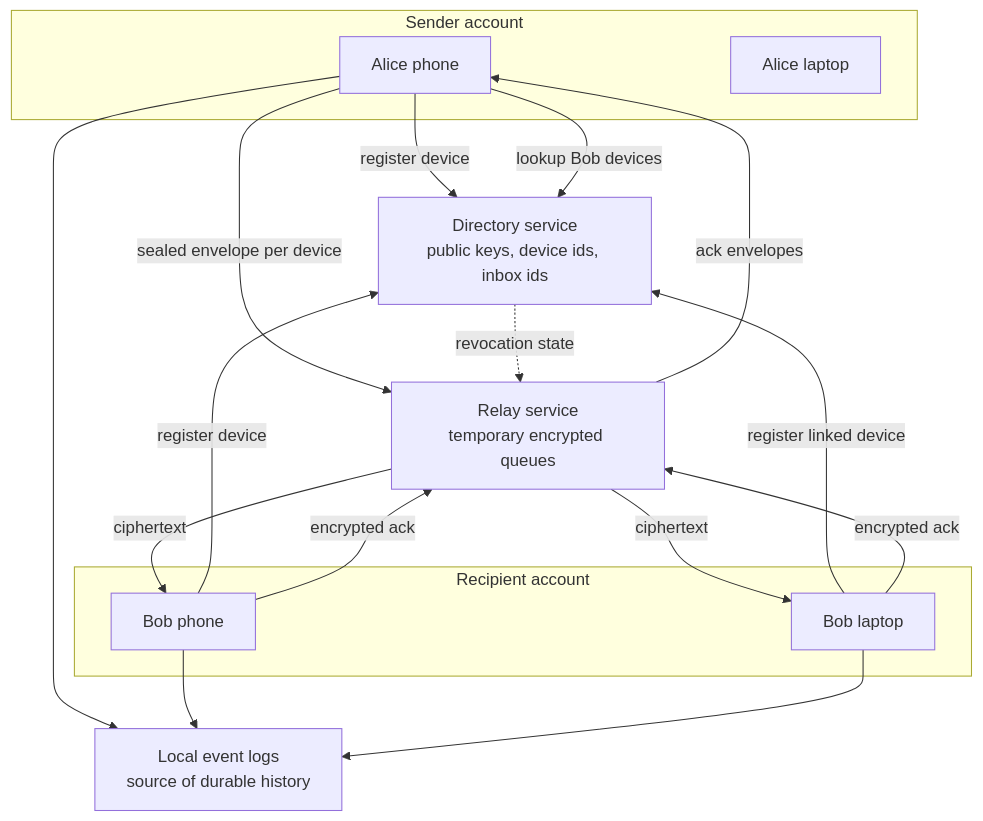
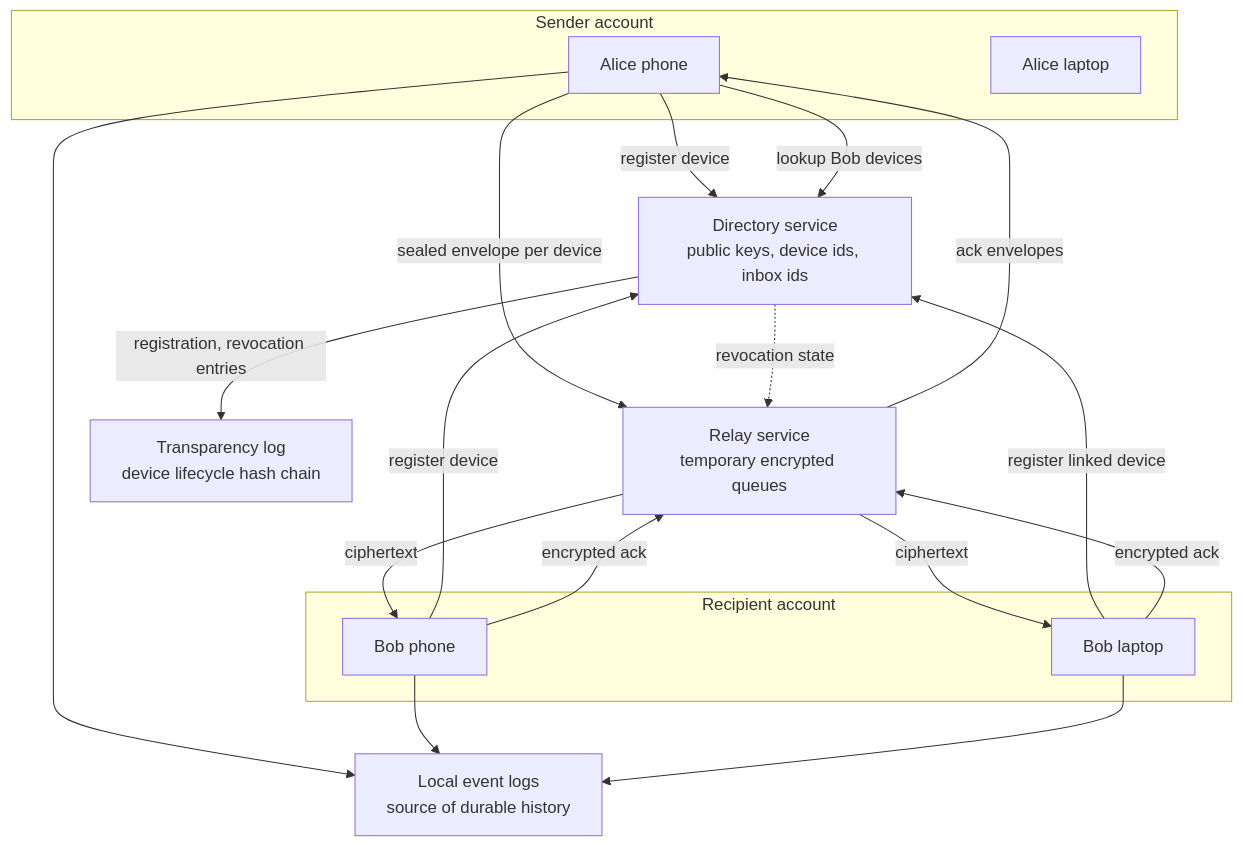
The diagram in docs/architecture.md (vaka47/resilient-messenger-protocol), drawn with Mermaid before and after one commit. The commit also changed other lines of this file and 19 other files, not shown here.

````diff
--- a/docs/architecture.md
+++ b/docs/architecture.md
@@ -9,33 +9,35 @@
 ```mermaid
 flowchart TB
   subgraph ClientA["Sender account"]
     A1["Alice phone"]
     A2["Alice laptop"]
   end
 
   subgraph ClientB["Recipient account"]
     B1["Bob phone"]
     B2["Bob laptop"]
   end
 
   Directory["Directory service\npublic keys, device ids, inbox ids"]
   Relay["Relay service\ntemporary encrypted queues"]
+  Transparency["Transparency log\ndevice lifecycle hash chain"]
   LocalLogs["Local event logs\nsource of durable history"]
 
   A1 -->|"register device"| Directory
   B1 -->|"register device"| Directory
   B2 -->|"register linked device"| Directory
 
   A1 -->|"lookup Bob devices"| Directory
   A1 -->|"sealed envelope per device"| Relay
   Relay -->|"ciphertext"| B1
   Relay -->|"ciphertext"| B2
   B1 -->|"encrypted ack"| Relay
   B2 -->|"encrypted ack"| Relay
   Relay -->|"ack envelopes"| A1
   Directory -. "revocation state" .-> Relay
+  Directory -->|"registration, revocation entries"| Transparency
 
   A1 --> LocalLogs
   B1 --> LocalLogs
   B2 --> LocalLogs
 ```
````
